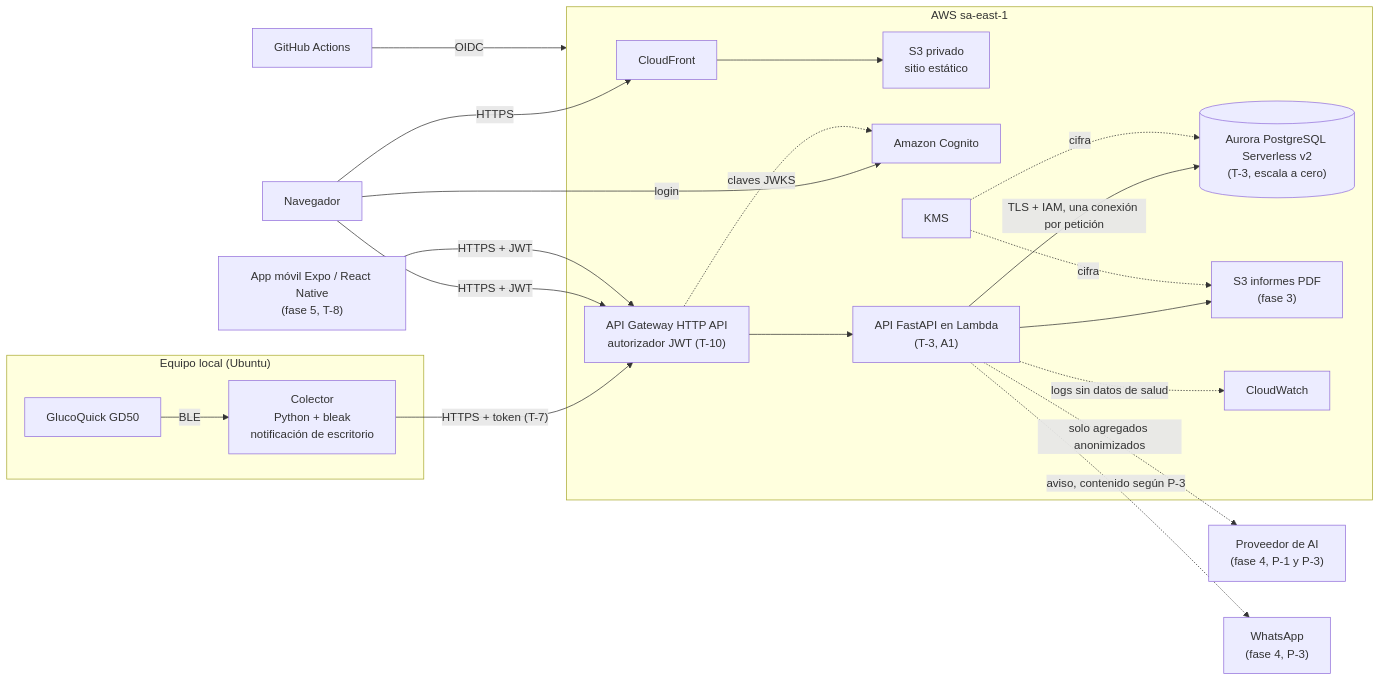
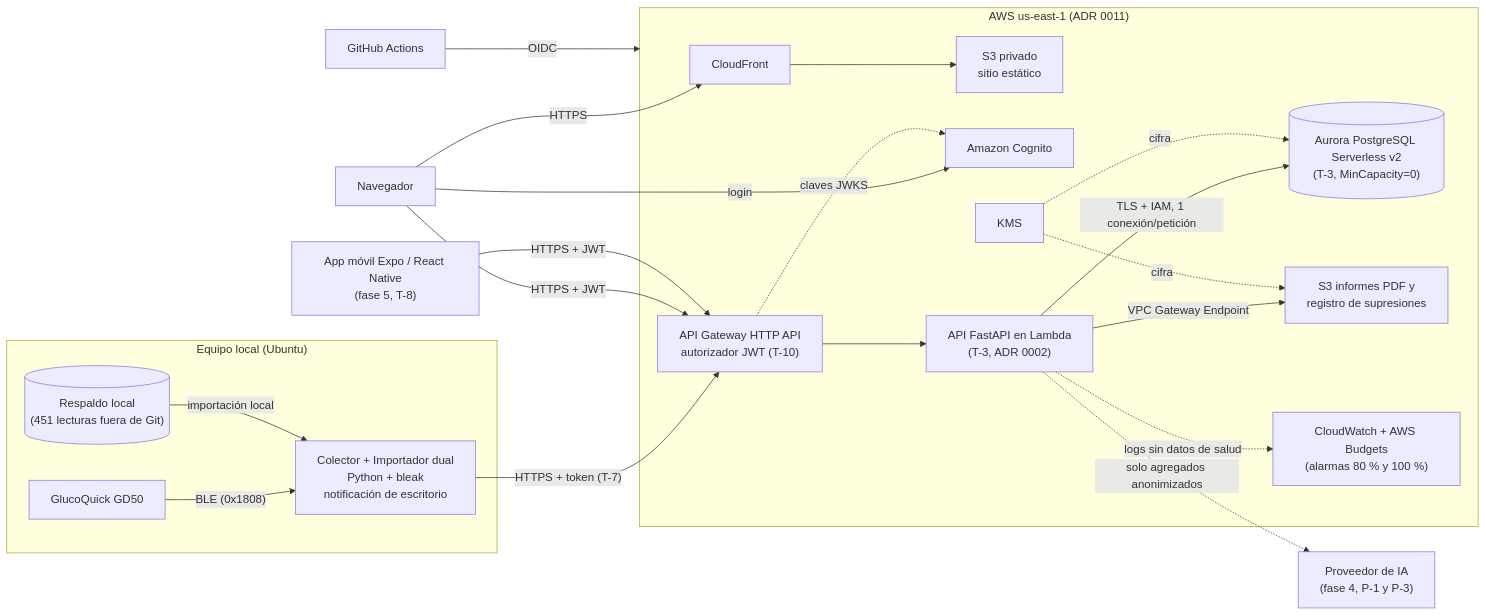
Before and after one commit to ldordellygithub/monitorglucosa: the diagram in .kiro/steering/tech.md, drawn with Mermaid. The commit also changed other lines of this file and 13 other files, not shown here.

````diff
--- a/.kiro/steering/tech.md
+++ b/.kiro/steering/tech.md
@@ -49,38 +86,38 @@
 ```mermaid
 flowchart LR
     subgraph LOCAL["Equipo local (Ubuntu)"]
         GD50["GlucoQuick GD50"]
-        COL["Colector<br/>Python + bleak<br/>notificación de escritorio"]
+        DUMP[("Respaldo local<br/>(451 lecturas fuera de Git)")]
+        COL["Colector + Importador dual<br/>Python + bleak<br/>notificación de escritorio"]
     end
-    subgraph AWS["AWS sa-east-1"]
+    subgraph AWS["AWS us-east-1 (ADR 0011)"]
         CF["CloudFront"] --> S3W["S3 privado<br/>sitio estático"]
         COG["Amazon Cognito"]
         APIGW["API Gateway HTTP API<br/>autorizador JWT (T-10)"]
-        API["API FastAPI en Lambda<br/>(T-3, A1)"]
-        DB[("Aurora PostgreSQL Serverless v2<br/>(T-3, escala a cero)")]
-        S3P["S3 informes PDF<br/>(fase 3)"]
+        API["API FastAPI en Lambda<br/>(T-3, ADR 0002)"]
+        DB[("Aurora PostgreSQL Serverless v2<br/>(T-3, MinCapacity=0)")]
+        S3P["S3 informes PDF y<br/>registro de supresiones"]
         KMS["KMS"]
-        CW["CloudWatch"]
+        CW["CloudWatch + AWS Budgets<br/>(alarmas 80 % y 100 %)"]
     end
     NAV["Navegador"]
     APP["App móvil Expo / React Native<br/>(fase 5, T-8)"]
     GHA["GitHub Actions"]
-    AI["Proveedor de AI<br/>(fase 4, P-1 y P-3)"]
-    WA["WhatsApp<br/>(fase 4, P-3)"]
-    GD50 -- BLE --> COL
+    AI["Proveedor de IA<br/>(fase 4, P-1 y P-3)"]
+    GD50 -- "BLE (0x1808)" --> COL
+    DUMP -- "importación local" --> COL
     COL -- "HTTPS + token (T-7)" --> APIGW
     NAV -- HTTPS --> CF
     NAV -- login --> COG
     NAV -- "HTTPS + JWT" --> APIGW
     APP -- "HTTPS + JWT" --> APIGW
     APIGW -. claves JWKS .-> COG
     APIGW --> API
-    API -- "TLS + IAM, una conexión por petición" --> DB
-    API --> S3P
+    API -- "TLS + IAM, 1 conexión/petición" --> DB
+    API -- "VPC Gateway Endpoint" --> S3P
     API -. logs sin datos de salud .-> CW
     API -. solo agregados anonimizados .-> AI
-    API -. aviso, contenido según P-3 .-> WA
     KMS -. cifra .-> DB
     KMS -. cifra .-> S3P
     GHA -- OIDC --> AWS
 ```
````
